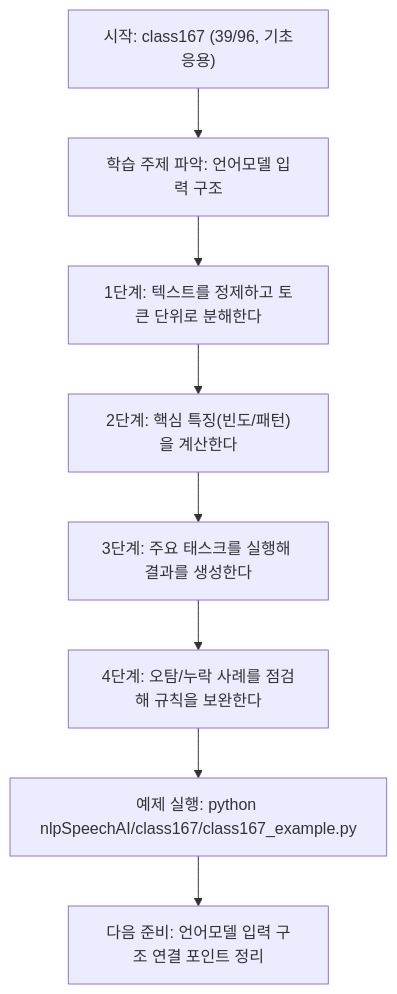
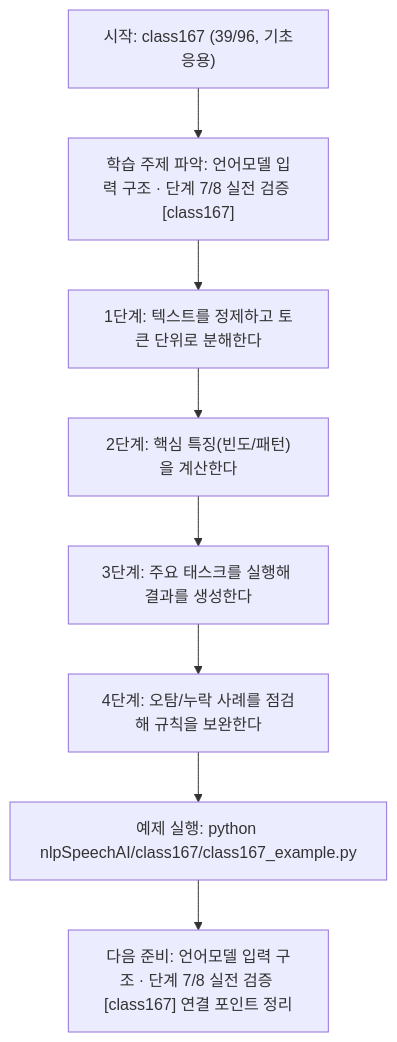
The diagram in nlpSpeechAI/class167/class167.md (edumgt/Python-AI_Agent-Class), drawn with Mermaid before and after one commit. The commit also changed other lines of this file and 522 other files, not shown here.

````diff
--- a/nlpSpeechAI/class167/class167.md
+++ b/nlpSpeechAI/class167/class167.md
@@ -113,18 +114,18 @@
 ```mermaid
 flowchart TD
 N1["시작: class167 (39/96, 기초응용)"]
-N2["학습 주제 파악: 언어모델 입력 구조"]
+N2["학습 주제 파악: 언어모델 입력 구조 · 단계 7/8 실전 검증 [class167]"]
 N3["1단계: 텍스트를 정제하고 토큰 단위로 분해한다"]
 N4["2단계: 핵심 특징(빈도/패턴)을 계산한다"]
 N5["3단계: 주요 태스크를 실행해 결과를 생성한다"]
 N6["4단계: 오탐/누락 사례를 점검해 규칙을 보완한다"]
 N7["예제 실행: python nlpSpeechAI/class167/class167_example.py"]
-N8["다음 준비: 언어모델 입력 구조 연결 포인트 정리"]
+N8["다음 준비: 언어모델 입력 구조 · 단계 7/8 실전 검증 [class167] 연결 포인트 정리"]
 N1 --> N2
 N2 --> N3
 N3 --> N4
 N4 --> N5
 N5 --> N6
 N6 --> N7
 N7 --> N8
 ```
````
